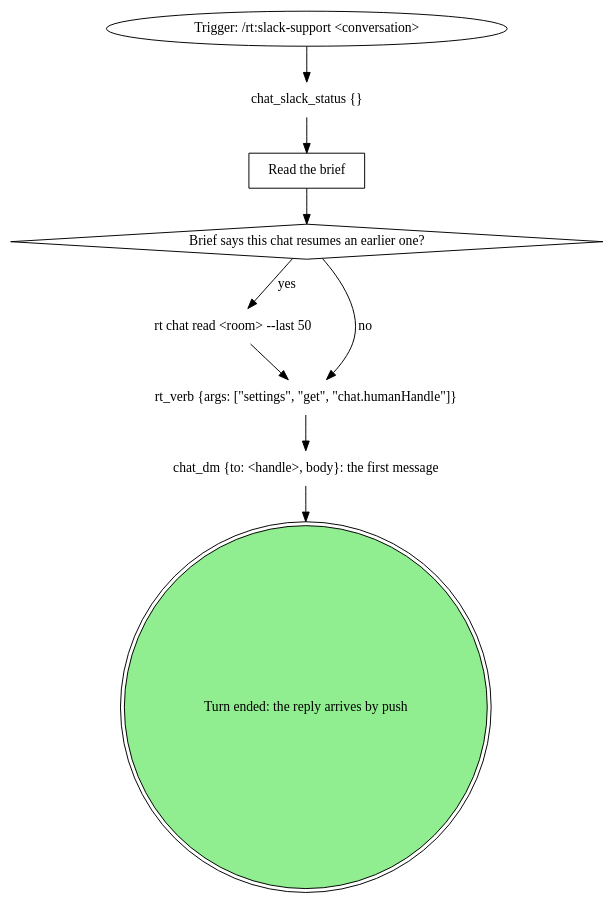
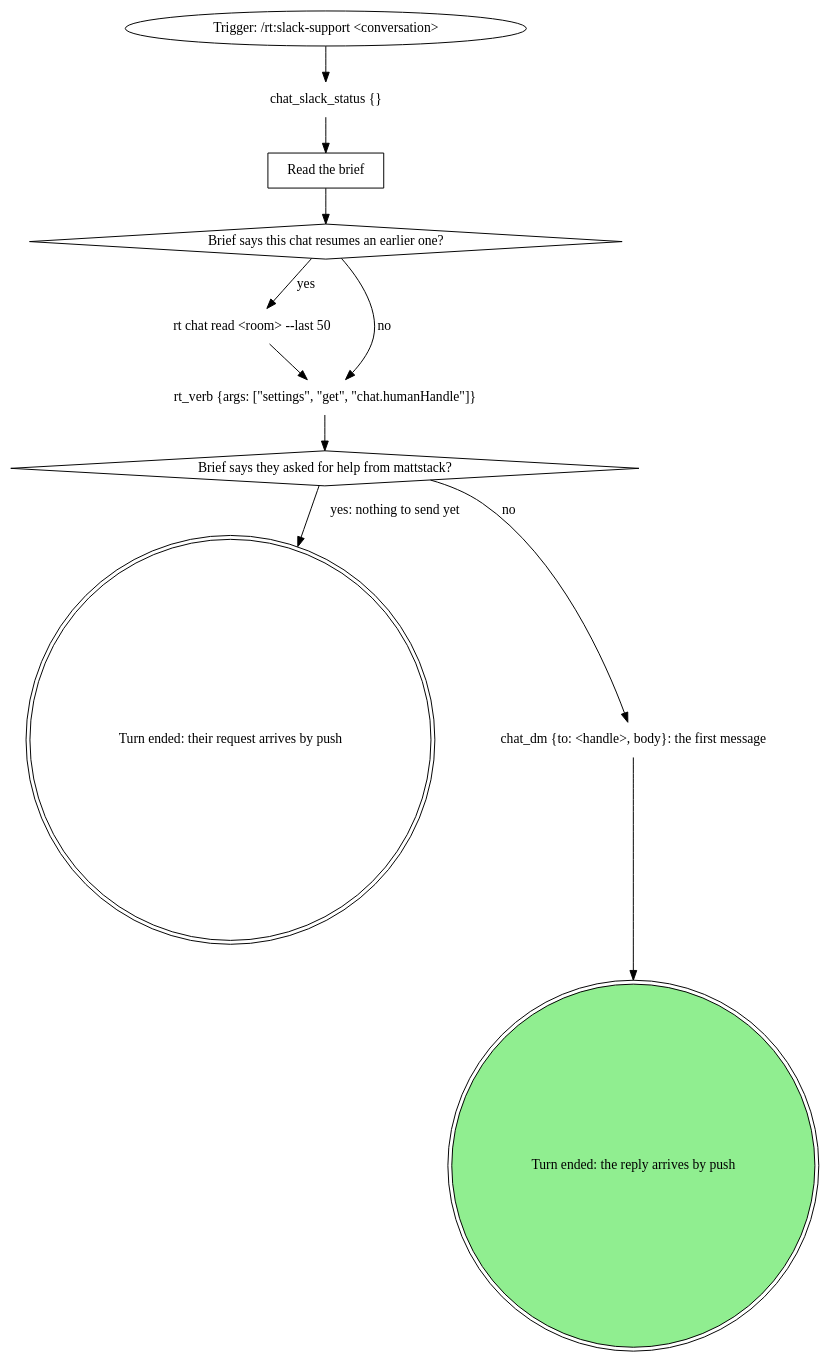
One commit to m4ttstack/mattstack changed the first of 2 diagrams in skills/rt-slack-support/SKILL.md. Above: the diagram before and after it, drawn with Graphviz. The commit also changed other lines of this file and 5 other files, not shown here.

````diff
--- a/skills/rt-slack-support/SKILL.md
+++ b/skills/rt-slack-support/SKILL.md
@@ -56,23 +56,27 @@
 ```dot
 digraph slack_support_open {
     rankdir=TB;
 
     trigger [label="Trigger: /rt:slack-support <conversation>" shape=ellipse];
     chat_slack_status [label="chat_slack_status {}" shape=plaintext];
     read_brief [label="Read the brief" shape=box];
     resumes_earlier [label="Brief says this chat resumes an earlier one?" shape=diamond];
     rt_chat_read [label="rt chat read <room> --last 50" shape=plaintext];
     rt_verb_handle [label="rt_verb {args: [\"settings\", \"get\", \"chat.humanHandle\"]}" shape=plaintext];
+    from_mattstack [label="Brief says they asked for help from mattstack?" shape=diamond];
+    waiting_request [label="Turn ended: their request arrives by push" shape=doublecircle];
     chat_dm_first [label="chat_dm {to: <handle>, body}: the first message" shape=plaintext];
     waiting_first [label="Turn ended: the reply arrives by push" shape=doublecircle style=filled fillcolor=lightgreen];
 
     trigger -> chat_slack_status;
     chat_slack_status -> read_brief;
     read_brief -> resumes_earlier;
     resumes_earlier -> rt_chat_read [label="yes"];
     resumes_earlier -> rt_verb_handle [label="no"];
     rt_chat_read -> rt_verb_handle;
-    rt_verb_handle -> chat_dm_first;
+    rt_verb_handle -> from_mattstack;
+    from_mattstack -> waiting_request [label="yes: nothing to send yet"];
+    from_mattstack -> chat_dm_first [label="no"];
     chat_dm_first -> waiting_first;
 }
 ```
````
